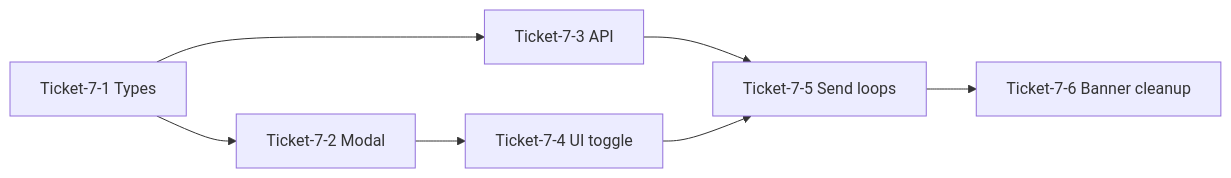
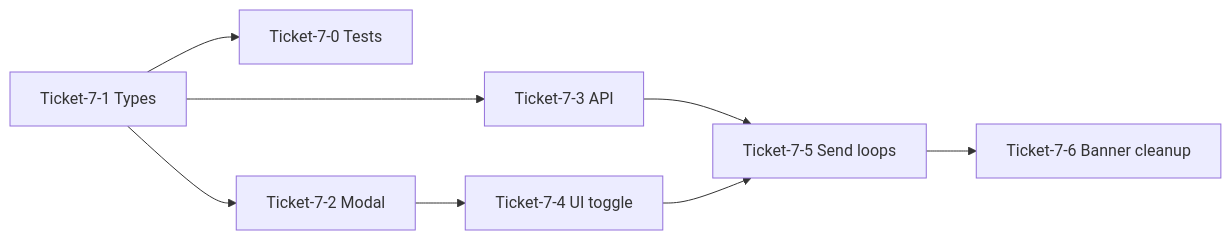
One commit to CodeSerengetiOrganization/mes-ui changed the second of 2 diagrams in docs/plans/simulation-mode.md. Above: the diagram before and after it, drawn with Mermaid. The commit also changed other lines of this file and 2 other files, not shown here.

````diff
--- a/docs/plans/simulation-mode.md
+++ b/docs/plans/simulation-mode.md
@@ -218,15 +291,17 @@
 ```mermaid
 flowchart LR
+  T0[Ticket-7-0 Tests]
   T1[Ticket-7-1 Types]
   T2[Ticket-7-2 Modal]
   T3[Ticket-7-3 API]
   T4[Ticket-7-4 UI toggle]
   T5[Ticket-7-5 Send loops]
   T6[Ticket-7-6 Banner cleanup]
+  T1 --> T0
   T1 --> T2
   T1 --> T3
   T2 --> T4
   T3 --> T5
   T4 --> T5
   T5 --> T6
 ```
````
